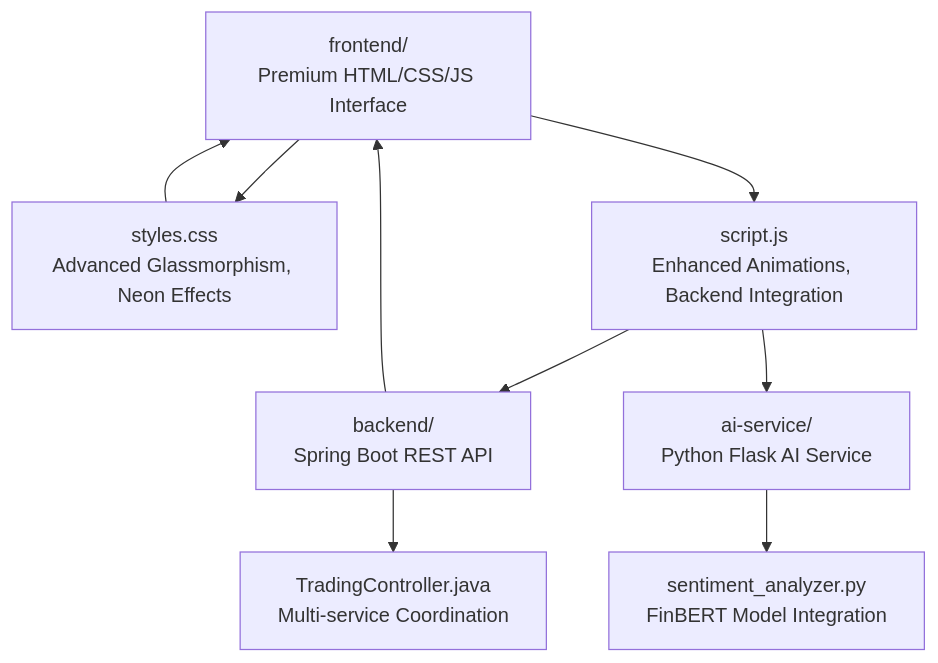
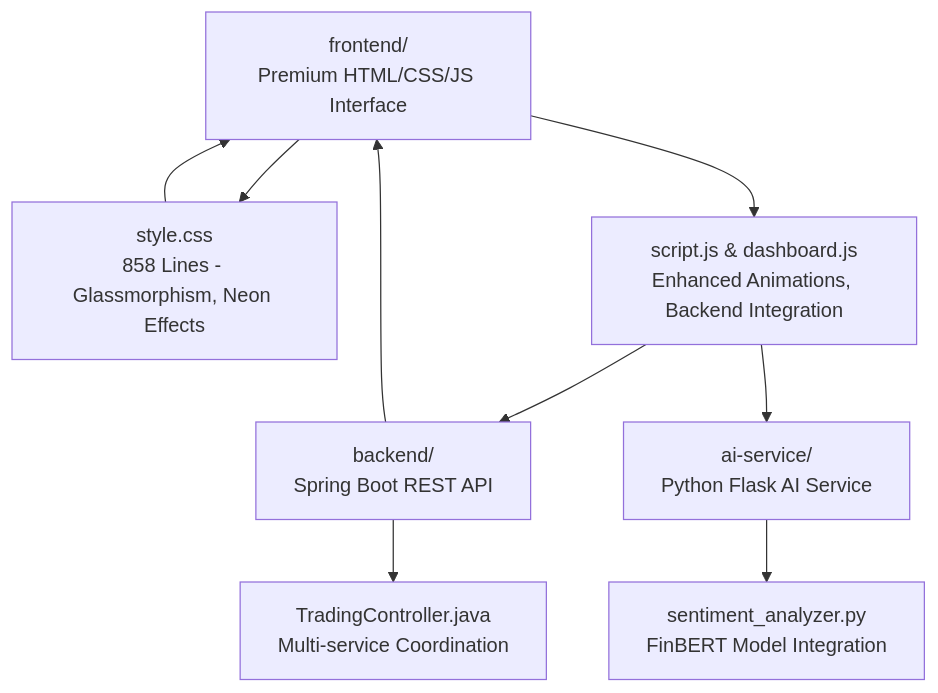
Before and after one commit to ayushtiwari1526/TheReinforcers_AyushTiwari: the first of 4 diagrams in .qoder/repowiki/en/content/Styling and Visual Design.md, drawn with Mermaid. The commit also changed other lines of this file and 16 other files, not shown here.

````diff
--- a/.qoder/repowiki/en/content/Styling and Visual Design.md
+++ b/.qoder/repowiki/en/content/Styling and Visual Design.md
@@ -41,11 +43,11 @@
 ```mermaid
 graph TB
-Frontend["frontend/<br/>Premium HTML/CSS/JS Interface"] --> Styles["styles.css<br/>Advanced Glassmorphism, Neon Effects"]
-Frontend --> Scripts["script.js<br/>Enhanced Animations, Backend Integration"]
+Frontend["frontend/<br/>Premium HTML/CSS/JS Interface"] --> Style["style.css<br/>858 Lines - Glassmorphism, Neon Effects"]
+Frontend --> Scripts["script.js & dashboard.js<br/>Enhanced Animations, Backend Integration"]
 Backend["backend/<br/>Spring Boot REST API"] --> Controller["TradingController.java<br/>Multi-service Coordination"]
 AI["ai-service/<br/>Python Flask AI Service"] --> Models["sentiment_analyzer.py<br/>FinBERT Model Integration"]
-Styles --> Frontend
+Style --> Frontend
 Scripts --> Backend
 Scripts --> AI
 Backend --> Frontend
 ```
````
